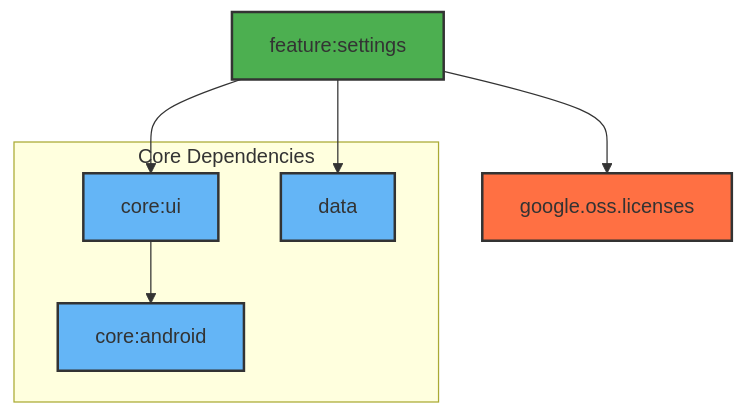
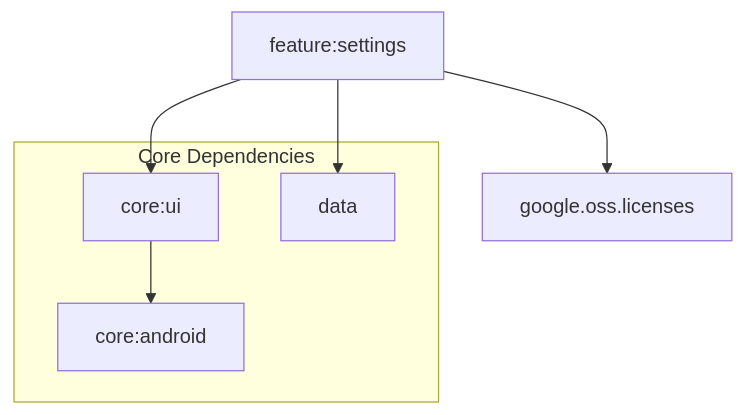
The diagram in feature/settings/README.md (atick-faisal/Jetpack-Android-Starter), drawn with Mermaid before and after one commit. The commit also changed 31 other files, not shown here.

````diff
--- a/feature/settings/README.md
+++ b/feature/settings/README.md
@@ -17,19 +17,13 @@
 ```mermaid
 graph TD
     A[feature:settings] --> B[core:ui]
     A --> C[data]
     A --> D[google.oss.licenses]
     B --> E[core:android]
 
     subgraph "Core Dependencies"
         B
         C
         E
     end
-
-    style A fill: #4CAF50, stroke: #333, stroke-width: 2px
-    style B fill: #64B5F6, stroke: #333, stroke-width: 2px
-    style C fill: #64B5F6, stroke: #333, stroke-width: 2px
-    style D fill: #FF7043, stroke: #333, stroke-width: 2px
-    style E fill: #64B5F6, stroke: #333, stroke-width: 2px
 ```
````
